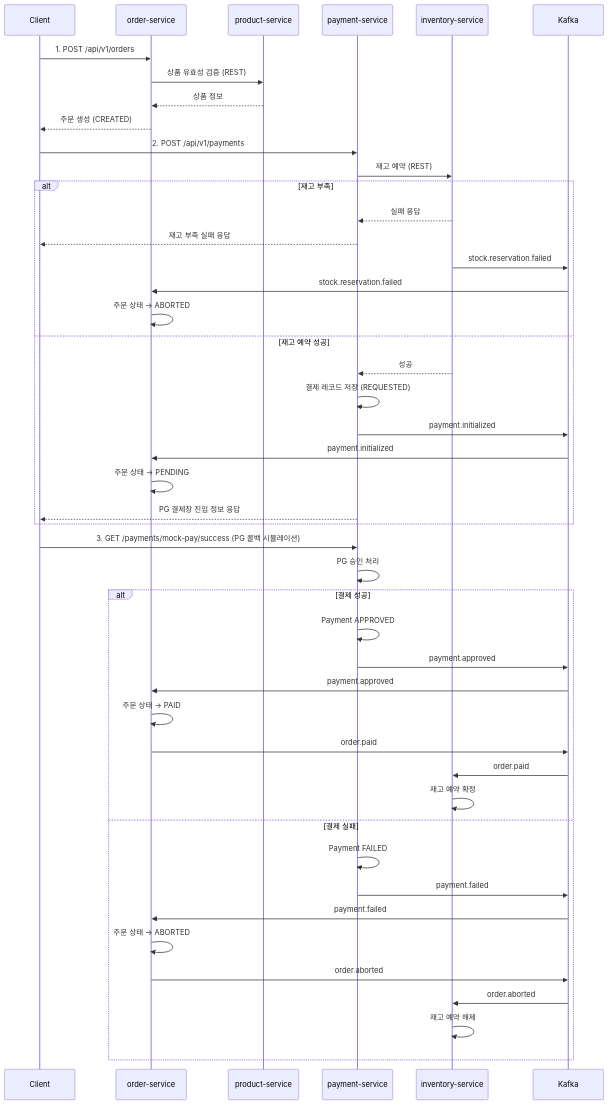
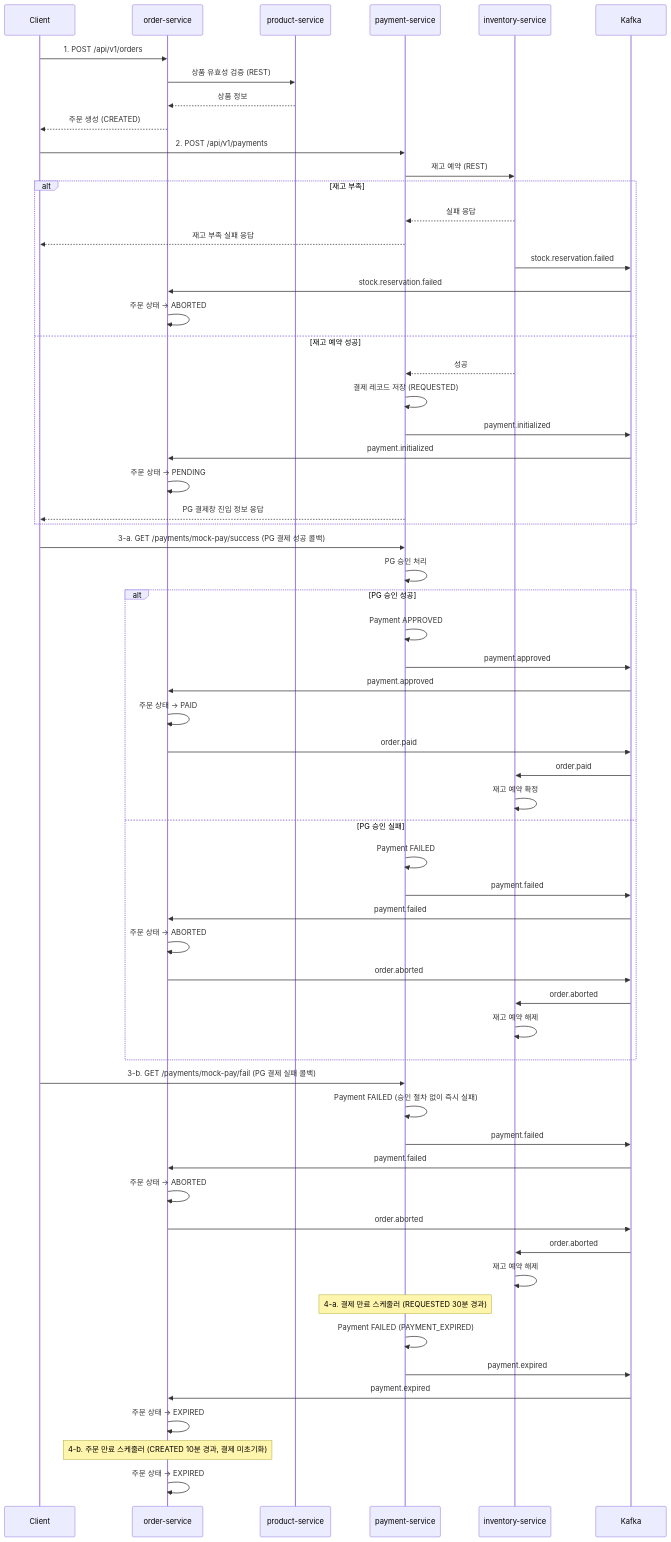
One commit to wocks1123/commerce-msa changed the first of 3 diagrams in docs/design/flow.md. Above: the diagram before and after it, drawn with Mermaid. The commit also changed other lines of this file, not shown here.

Commit message:
docs: flow 시퀀스 다이어그램 수정
- 시퀀스 다이어그램에 GET /payments/mock-pay/fail (PG 결제 실패 콜백) 분기 추가
- mock-pay/success 분기의 라벨을 'PG 승인 성공/실패'로 명확화
- 결제 만료·주문 만료 스케줄러의 EXPIRED 전이 흐름 추가
- 결제 상태 전이 다이어그램의 APPROVED → CANCELED 옆에 (미구현) 표기

````diff
--- a/docs/design/flow.md
+++ b/docs/design/flow.md
@@ -6,49 +6,67 @@
 ```mermaid
 sequenceDiagram
     participant C as Client
     participant OS as order-service
     participant PS as product-service
     participant PAY as payment-service
     participant IS as inventory-service
     participant K as Kafka
     C ->> OS: 1. POST /api/v1/orders
     OS ->> PS: 상품 유효성 검증 (REST)
     PS -->> OS: 상품 정보
     OS -->> C: 주문 생성 (CREATED)
     C ->> PAY: 2. POST /api/v1/payments
     PAY ->> IS: 재고 예약 (REST)
     alt 재고 부족
         IS -->> PAY: 실패 응답
         PAY -->> C: 재고 부족 실패 응답
         IS ->> K: stock.reservation.failed
         K ->> OS: stock.reservation.failed
         OS ->> OS: 주문 상태 → ABORTED
     else 재고 예약 성공
         IS -->> PAY: 성공
         PAY ->> PAY: 결제 레코드 저장 (REQUESTED)
         PAY ->> K: payment.initialized
         K ->> OS: payment.initialized
         OS ->> OS: 주문 상태 → PENDING
         PAY -->> C: PG 결제창 진입 정보 응답
     end
 
-    C ->> PAY: 3. GET /payments/mock-pay/success (PG 콜백 시뮬레이션)
+    C ->> PAY: 3-a. GET /payments/mock-pay/success (PG 결제 성공 콜백)
     PAY ->> PAY: PG 승인 처리
-    alt 결제 성공
+    alt PG 승인 성공
         PAY ->> PAY: Payment APPROVED
         PAY ->> K: payment.approved
         K ->> OS: payment.approved
         OS ->> OS: 주문 상태 → PAID
         OS ->> K: order.paid
         K ->> IS: order.paid
         IS ->> IS: 재고 예약 확정
-    else 결제 실패
+    else PG 승인 실패
         PAY ->> PAY: Payment FAILED
         PAY ->> K: payment.failed
         K ->> OS: payment.failed
         OS ->> OS: 주문 상태 → ABORTED
         OS ->> K: order.aborted
         K ->> IS: order.aborted
         IS ->> IS: 재고 예약 해제
     end
+
+    C ->> PAY: 3-b. GET /payments/mock-pay/fail (PG 결제 실패 콜백)
+    PAY ->> PAY: Payment FAILED (승인 절차 없이 즉시 실패)
+    PAY ->> K: payment.failed
+    K ->> OS: payment.failed
+    OS ->> OS: 주문 상태 → ABORTED
+    OS ->> K: order.aborted
+    K ->> IS: order.aborted
+    IS ->> IS: 재고 예약 해제
+
+    note over PAY: 4-a. 결제 만료 스케줄러 (REQUESTED 30분 경과)
+    PAY ->> PAY: Payment FAILED (PAYMENT_EXPIRED)
+    PAY ->> K: payment.expired
+    K ->> OS: payment.expired
+    OS ->> OS: 주문 상태 → EXPIRED
+
+    note over OS: 4-b. 주문 만료 스케줄러 (CREATED 10분 경과, 결제 미초기화)
+    OS ->> OS: 주문 상태 → EXPIRED
 ```
````
